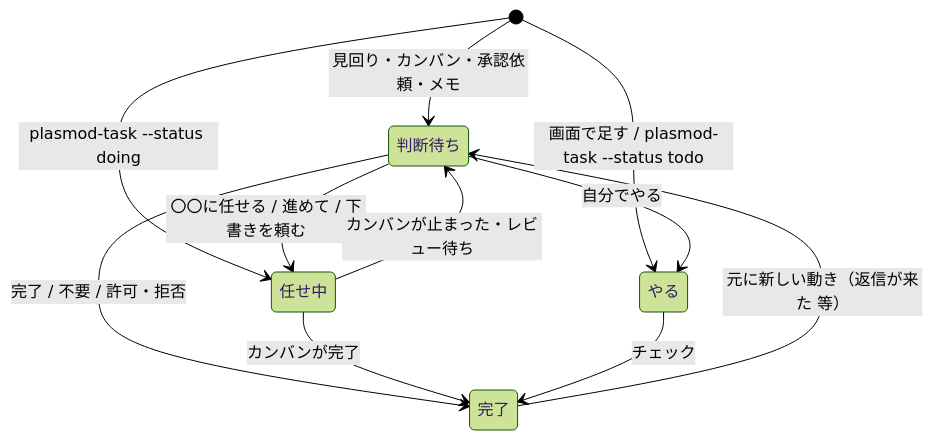
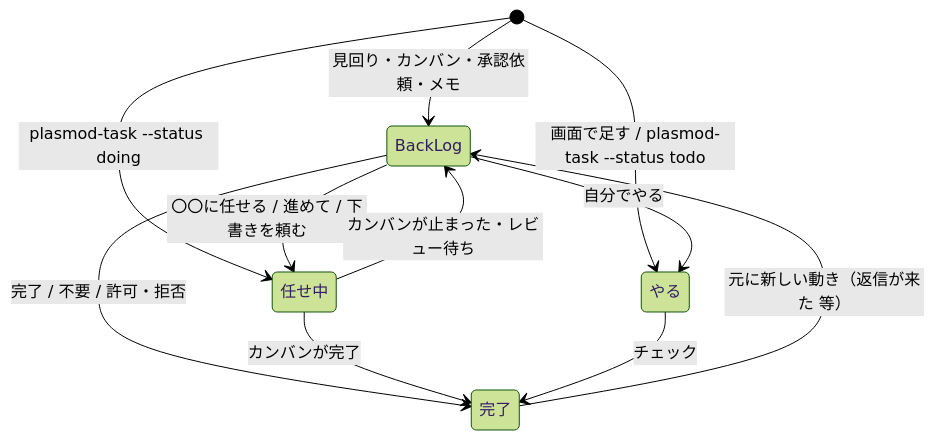
The third of 7 diagrams in docs/ARCHITECTURE.md (LaCall-Gagans-Studio/Plasmod), drawn with Mermaid (forest theme) before and after one commit. The commit also changed other lines of this file and 31 other files, not shown here.

First line of the commit message:
状態を1行に収め、BackLog に統一し、タスクをカンバンの正本にする

````diff
--- a/docs/ARCHITECTURE.md
+++ b/docs/ARCHITECTURE.md
@@ -108,13 +108,13 @@
 ```mermaid
 stateDiagram-v2
-  [*] --> 判断待ち: 見回り・カンバン・承認依頼・メモ
+  [*] --> BackLog: 見回り・カンバン・承認依頼・メモ
   [*] --> やる: 画面で足す / plasmod-task --status todo
   [*] --> 任せ中: plasmod-task --status doing
-  判断待ち --> やる: 自分でやる
-  判断待ち --> 任せ中: 〇〇に任せる / 進めて / 下書きを頼む
-  判断待ち --> 完了: 完了 / 不要 / 許可・拒否
-  任せ中 --> 判断待ち: カンバンが止まった・レビュー待ち
+  BackLog --> やる: 自分でやる
+  BackLog --> 任せ中: 〇〇に任せる / 進めて / 下書きを頼む
+  BackLog --> 完了: 完了 / 不要 / 許可・拒否
+  任せ中 --> BackLog: カンバンが止まった・レビュー待ち
   任せ中 --> 完了: カンバンが完了
   やる --> 完了: チェック
-  完了 --> 判断待ち: 元に新しい動き（返信が来た 等）
+  完了 --> BackLog: 元に新しい動き（返信が来た 等）
 ```
````
